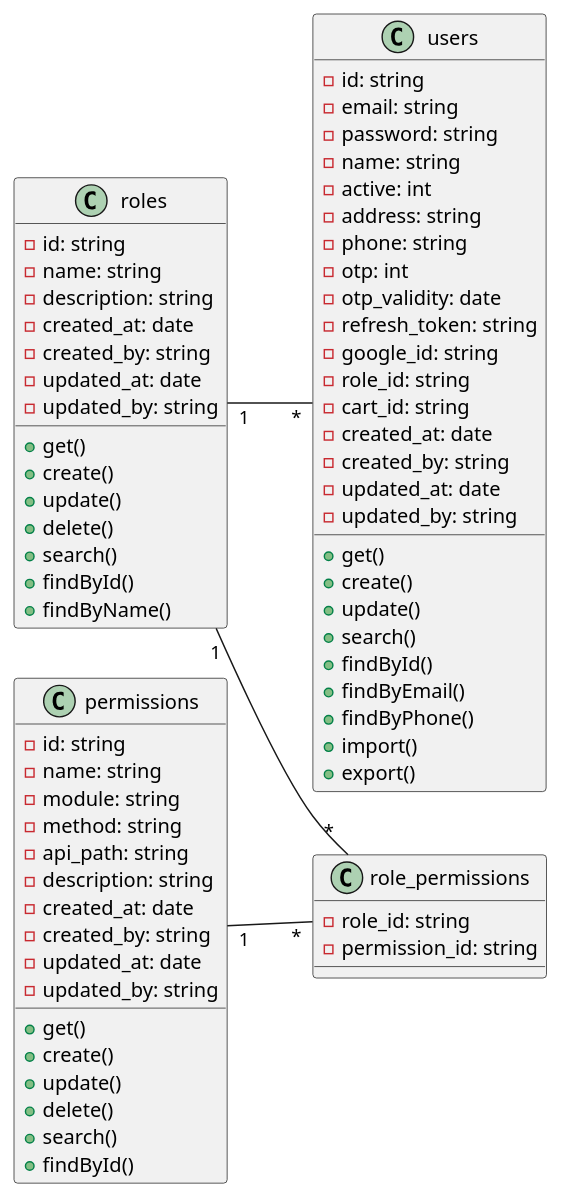
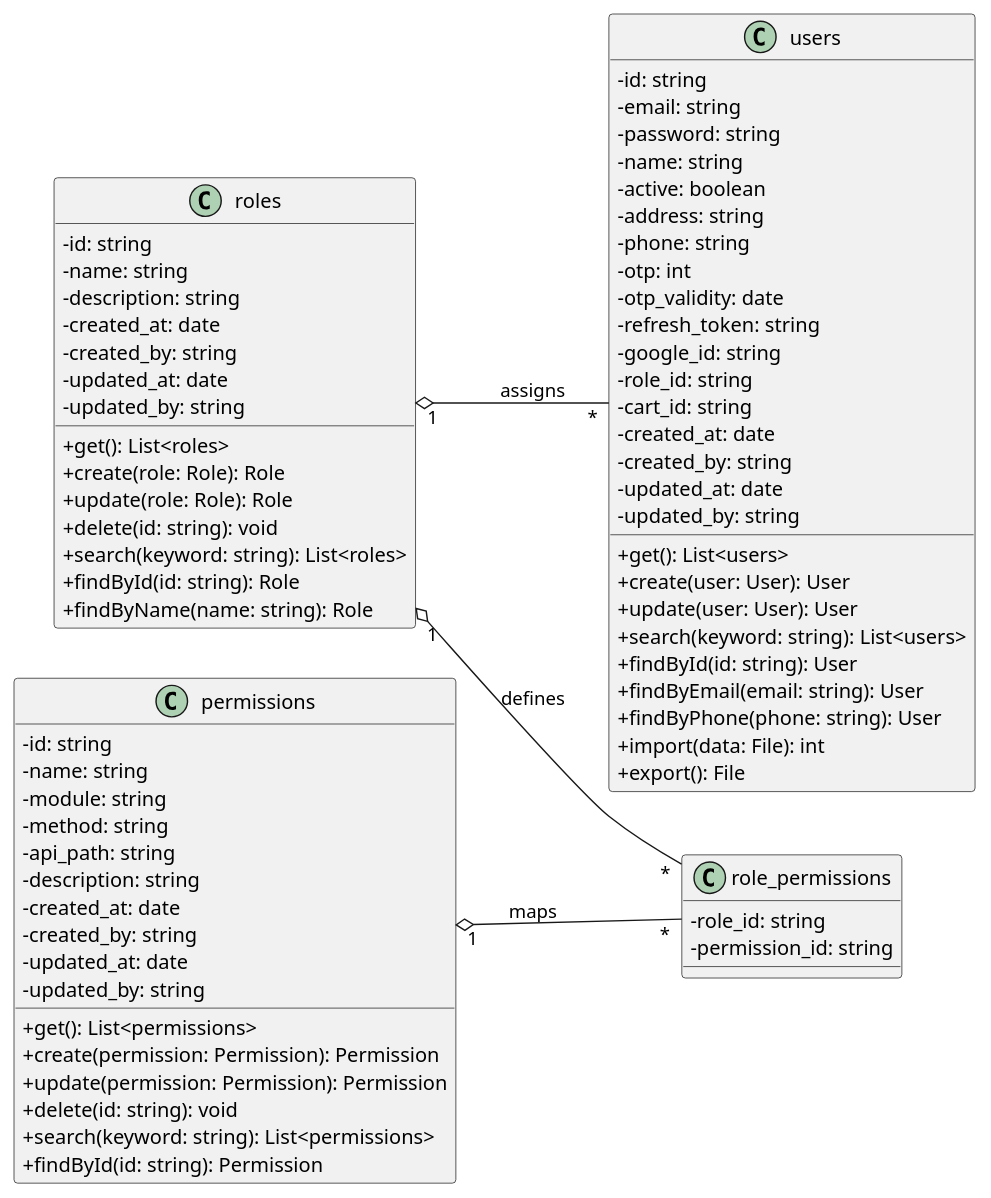
The diagram in app-service/document/class/account.puml (khanh-nd1204/book-app), drawn with PlantUML before and after one commit. The commit also changed 10 other files, not shown here.

```diff
--- a/app-service/document/class/account.puml
+++ b/app-service/document/class/account.puml
@@ -1,78 +1,82 @@
 @startuml
 left to right direction
+
+' Phân biệt các phần logic rõ ràng
+skinparam classAttributeIconSize 0
 
 class roles {
     - id: string
     - name: string
     - description: string
     - created_at: date
     - created_by: string
     - updated_at: date
     - updated_by: string
-    + get()
-    + create()
-    + update()
-    + delete()
-    + search()
-    + findById()
-    + findByName()
+    + get(): List<roles>
+    + create(role: Role): Role
+    + update(role: Role): Role
+    + delete(id: string): void
+    + search(keyword: string): List<roles>
+    + findById(id: string): Role
+    + findByName(name: string): Role
 }
 
 class users {
     - id: string
     - email: string
     - password: string
     - name: string
-    - active: int
+    - active: boolean
     - address: string
     - phone: string
     - otp: int
     - otp_validity: date
     - refresh_token: string
     - google_id: string
     - role_id: string
     - cart_id: string
     - created_at: date
     - created_by: string
     - updated_at: date
     - updated_by: string
-    + get()
-    + create()
-    + update()
-    + search()
-    + findById()
-    + findByEmail()
-    + findByPhone()
-    + import()
-    + export()
+    + get(): List<users>
+    + create(user: User): User
+    + update(user: User): User
+    + search(keyword: string): List<users>
+    + findById(id: string): User
+    + findByEmail(email: string): User
+    + findByPhone(phone: string): User
+    + import(data: File): int
+    + export(): File
 }
 
 class permissions {
     - id: string
     - name: string
     - module: string
     - method: string
     - api_path: string
     - description: string
     - created_at: date
     - created_by: string
     - updated_at: date
     - updated_by: string
-    + get()
-    + create()
-    + update()
-    + delete()
-    + search()
-    + findById()
+    + get(): List<permissions>
+    + create(permission: Permission): Permission
+    + update(permission: Permission): Permission
+    + delete(id: string): void
+    + search(keyword: string): List<permissions>
+    + findById(id: string): Permission
 }
 
 class role_permissions {
     - role_id: string
     - permission_id: string
 }
 
-roles "1" -- "*" users
-roles "1" -- "*" role_permissions
-permissions "1" -- "*" role_permissions
+' Mối quan hệ aggregation rõ hơn về mặt ý nghĩa
+roles "1" o-- "*" users : assigns
+roles "1" o-- "*" role_permissions : defines
+permissions "1" o-- "*" role_permissions : maps
 
 @enduml
```
